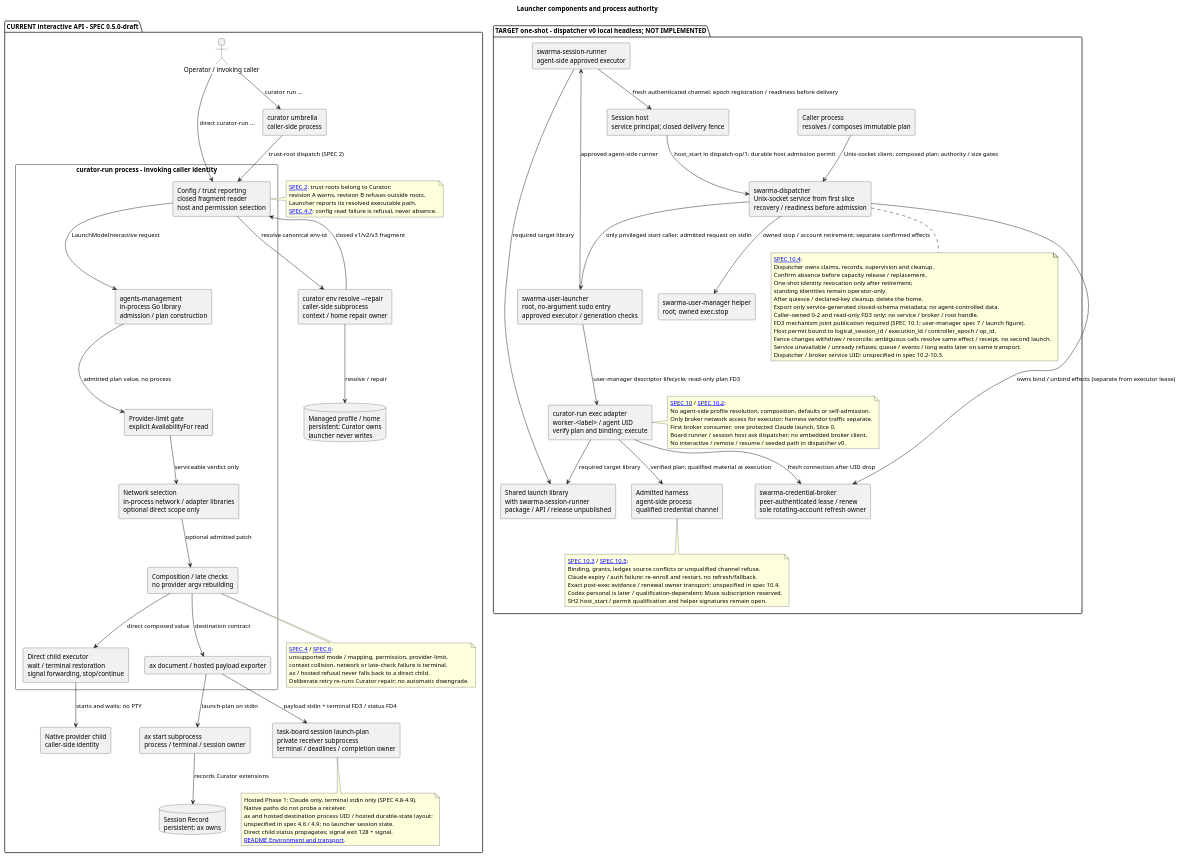
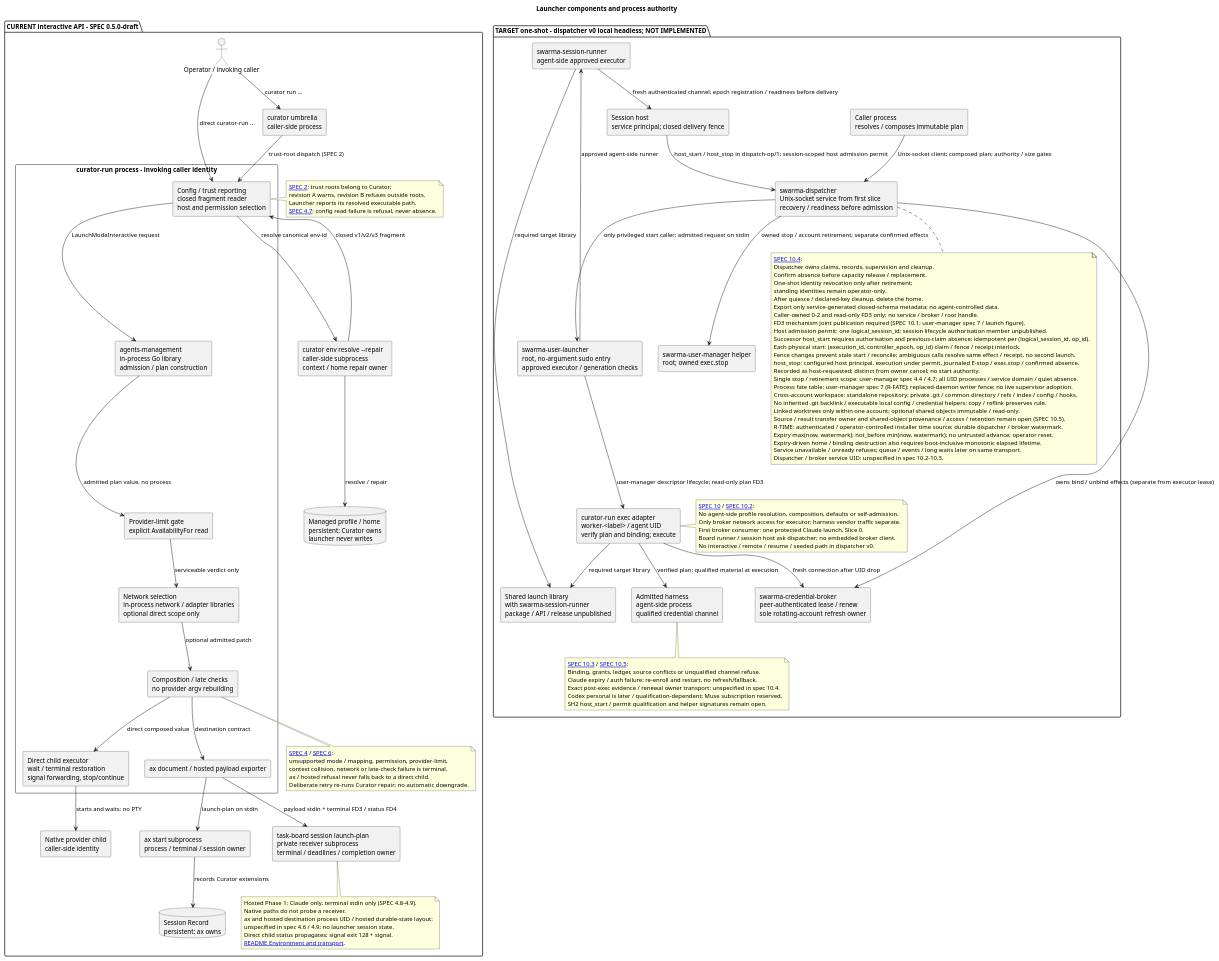
The diagram in diagrams/components.puml (relux-works/curator-agent-launcher), drawn with PlantUML before and after one commit. The commit also changed 6 other files, not shown here.

```diff
--- a/diagrams/components.puml
+++ b/diagrams/components.puml
@@ -1,117 +1,130 @@
 @startuml
 title Launcher components and process authority
 skinparam componentStyle rectangle
 
 package "CURRENT interactive API - SPEC 0.5.0-draft" {
   actor "Operator / invoking caller" as operator
   component "curator umbrella\ncaller-side process" as umbrella
   component "curator env resolve --repair\ncaller-side subprocess\ncontext / home repair owner" as curator
   rectangle "curator-run process - invoking caller identity" {
     component "Config / trust reporting\nclosed fragment reader\nhost and permission selection" as config
     component "agents-management\nin-process Go library\nadmission / plan construction" as composer
     component "Provider-limit gate\nexplicit AvailabilityFor read" as limits
     component "Network selection\nin-process network / adapter libraries\noptional direct scope only" as network
     component "Composition / late checks\nno provider argv rebuilding" as compose
     component "Direct child executor\nwait / terminal restoration\nsignal forwarding, stop/continue" as executor
     component "ax document / hosted payload exporter" as exporter
   }
   component "Native provider child\ncaller-side identity" as child
   component "ax start subprocess\nprocess / terminal / session owner" as ax
   component "task-board session launch-plan\nprivate receiver subprocess\nterminal / deadlines / completion owner" as receiver
   database "Managed profile / home\npersistent: Curator owns\nlauncher never writes" as home
   database "Session Record\npersistent: ax owns" as record
   operator --> umbrella : curator run ...
   umbrella --> config : trust-root dispatch (SPEC 2)
   operator --> config : direct curator-run ...
   config --> curator : resolve canonical env-id
   curator --> home : resolve / repair
   curator --> config : closed v1/v2/v3 fragment
   config --> composer : LaunchModeInteractive request
   composer --> limits : admitted plan value, no process
   limits --> network : serviceable verdict only
   network --> compose : optional admitted patch
   compose --> executor : direct composed value
   executor --> child : starts and waits; no PTY
   compose --> exporter : destination contract
   exporter --> ax : launch-plan on stdin
   ax --> record : records Curator extensions
   exporter --> receiver : payload stdin + terminal FD3 / status FD4
   note right of config
     [[../SPEC.md#2-discovery-and-naming SPEC 2]]: trust roots belong to Curator;
     revision A warns, revision B refuses outside roots.
     Launcher reports its resolved executable path.
     [[../SPEC.md#47-the-launchers-configuration-file-family SPEC 4.7]]: config read failure is refusal, never absence.
   end note
   note bottom of compose
     [[../SPEC.md#4-composition-algorithm SPEC 4]] / [[../SPEC.md#6-errors-and-diagnostics SPEC 6]]:
     unsupported mode / mapping, permission, provider-limit,
     context collision, network or late-check failure is terminal.
     ax / hosted refusal never falls back to a direct child.
     Deliberate retry re-runs Curator repair; no automatic downgrade.
   end note
   note bottom of receiver
     Hosted Phase 1: Claude only, terminal stdin only (SPEC 4.8-4.9).
     Native paths do not probe a receiver.
     ax and hosted destination process UID / hosted durable-state layout:
     unspecified in spec 4.6 / 4.9; no launcher session state.
     Direct child status propagates; signal exit 128 + signal.
     [[../README.md#environment-and-transport README Environment and transport]].
   end note
 }
 
 package "TARGET one-shot - dispatcher v0 local headless; NOT IMPLEMENTED" {
   component "Caller process\nresolves / composes immutable plan" as caller
   component "swarma-dispatcher\nUnix-socket service from first slice\nrecovery / readiness before admission" as dispatcher
   component "swarma-user-launcher\nroot, no-argument sudo entry\napproved executor / generation checks" as privileged
   component "curator-run exec adapter\nworker-<label> / agent UID\nverify plan and binding; execute" as agent
   component "Shared launch library\nwith swarma-session-runner\npackage / API / release unpublished" as shared
   component "swarma-credential-broker\npeer-authenticated lease / renew\nsole rotating-account refresh owner" as broker
   component "Admitted harness\nagent-side process\nqualified credential channel" as harness
   component "swarma-user-manager helper\nroot; owned exec.stop" as helper
   component "Session host\nservice principal; closed delivery fence" as targethost
   component "swarma-session-runner\nagent-side approved executor" as targetrunner
   caller --> dispatcher : Unix-socket client; composed plan; authority / size gates
-  targethost --> dispatcher : host_start in dispatch-op/1; durable host admission permit
+  targethost --> dispatcher : host_start / host_stop in dispatch-op/1; session-scoped host admission permit
   privileged --> targetrunner : approved agent-side runner
   targetrunner --> targethost : fresh authenticated channel; epoch registration / readiness before delivery
   targetrunner --> shared : required target library
   dispatcher --> privileged : only privileged start caller; admitted request on stdin
   privileged --> agent : user-manager descriptor lifecycle; read-only plan FD3
   agent --> shared : required target library
   agent --> broker : fresh connection after UID drop
   agent --> harness : verified plan; qualified material at execution
   dispatcher --> broker : owns bind / unbind effects (separate from executor lease)
   dispatcher --> helper : owned stop / account retirement; separate confirmed effects
   note right of agent
     [[../SPEC.md#10-agent-account-one-shot-exec-contract-target-amendment SPEC 10]] / [[../SPEC.md#102-caller-dispatcher-privileged-launcher-and-executor SPEC 10.2]]:
     No agent-side profile resolution, composition, defaults or self-admission.
     Only broker network access for executor; harness vendor traffic separate.
     First broker consumer: one protected Claude launch, Slice 0.
     Board runner / session host ask dispatcher; no embedded broker client.
     No interactive / remote / resume / seeded path in dispatcher v0.
   end note
   note bottom of dispatcher
     [[../SPEC.md#104-signals-stop-receipts-and-cleanup SPEC 10.4]]:
     Dispatcher owns claims, records, supervision and cleanup.
     Confirm absence before capacity release / replacement.
     One-shot identity revocation only after retirement;
     standing identities remain operator-only.
     After quiesce / declared-key cleanup, delete the home.
     Export only service-generated closed-schema metadata; no agent-controlled data.
     Caller-owned 0-2 and read-only FD3 only; no service / broker / root handle.
     FD3 mechanism joint publication required (SPEC 10.1; user-manager spec 7 / launch figure).
-    Host permit bound to logical_session_id / execution_id / controller_epoch / op_id.
-    Fence changes withdraw / reconcile; ambiguous calls resolve same effect / receipt, no second launch.
+    Host admission permit: one logical_session_id; session lifecycle authorisation member unpublished.
+    Successor host_start requires authorisation and previous-claim absence; idempotent per (logical_session_id, op_id).
+    Each physical start: (execution_id, controller_epoch, op_id) claim / fence / receipt interlock.
+    Fence changes prevent stale start / reconcile; ambiguous calls resolve same effect / receipt, no second launch.
+    host_stop: configured host principal, execution under permit, journaled E-stop / exec.stop / confirmed absence.
+    Recorded as host-requested; distinct from owner cancel; no start authority.
+    Single stop / retirement scope: user-manager spec 4.4 / 4.7; all UID processes / service domain / quiet absence.
+    Process fate table: user-manager spec 7 (R-FATE); replaced-daemon writer fence; no live supervisor adoption.
+    Cross-account workspace: standalone repository; private .git / common directory / refs / index / config / hooks.
+    No inherited .git backlink / executable local config / credential helpers; copy / reflink preserves rule.
+    Linked worktrees only within one account; optional shared objects immutable / read-only.
+    Source / result transfer owner and shared-object provenance / access / retention remain open (SPEC 10.5).
+    R-TIME: authenticated / operator-controlled installer time source; durable dispatcher / broker watermark.
+    Expiry max(now, watermark); not_before min(now, watermark); no untrusted advance; operator reset.
+    Expiry-driven home / binding destruction also requires boot-inclusive monotonic elapsed lifetime.
     Service unavailable / unready refuses; queue / events / long waits later on same transport.
     Dispatcher / broker service UID: unspecified in spec 10.2-10.3.
   end note
   note bottom of harness
     [[../SPEC.md#103-broker-binding-credential-delivery-and-rollout SPEC 10.3]] / [[../SPEC.md#105-typed-refusals-exit-status-and-activation-questions SPEC 10.5]]:
     Binding, grants, ledger, source conflicts or unqualified channel refuse.
     Claude expiry / auth failure: re-enroll and restart, no refresh/fallback.
     Exact post-exec evidence / renewal owner transport: unspecified in spec 10.4.
     Codex personal is later / qualification-dependent; Muse subscription reserved.
     SH2 host_start / permit qualification and helper signatures remain open.
   end note
 }
 @enduml
```
